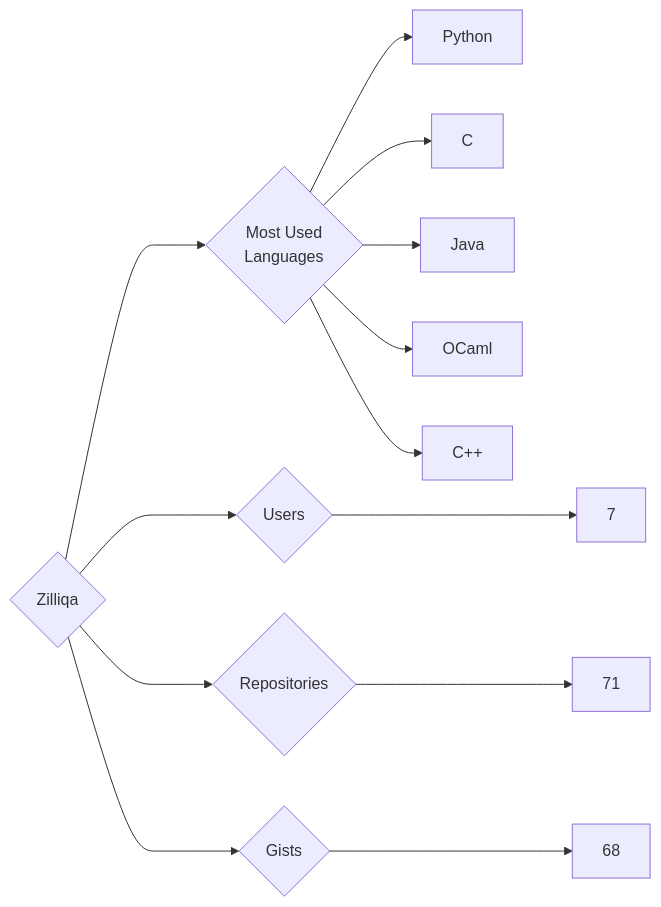
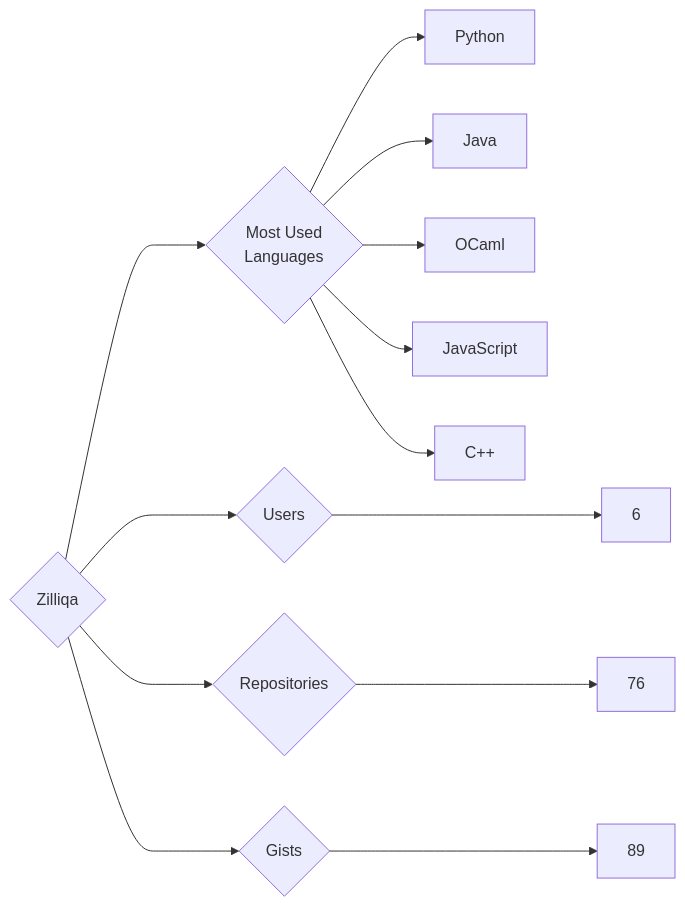
Before and after one commit to trickest/insiders: the diagram in targets/Zilliqa/README.md, drawn with Mermaid. The commit also changed 787 other files, not shown here.

````diff
--- a/targets/Zilliqa/README.md
+++ b/targets/Zilliqa/README.md
@@ -3,13 +3,13 @@
 ```mermaid
 graph LR
 COMPANY_NAME{Zilliqa}
-COMPANY_NAME ---> U{Users} ---> UN[7]
-COMPANY_NAME ---> R{Repositories} ---> RN[71]
-COMPANY_NAME ---> G{Gists} ---> GN[68]
+COMPANY_NAME ---> U{Users} ---> UN[6]
+COMPANY_NAME ---> R{Repositories} ---> RN[76]
+COMPANY_NAME ---> G{Gists} ---> GN[89]
 COMPANY_NAME ---> ML{Most Used<br>Languages}
 ML --> Python[Python]
-ML --> C[C]
 ML --> Java[Java]
 ML --> OCaml[OCaml]
+ML --> JavaScript[JavaScript]
 ML --> C++[C++]
 ```
````
